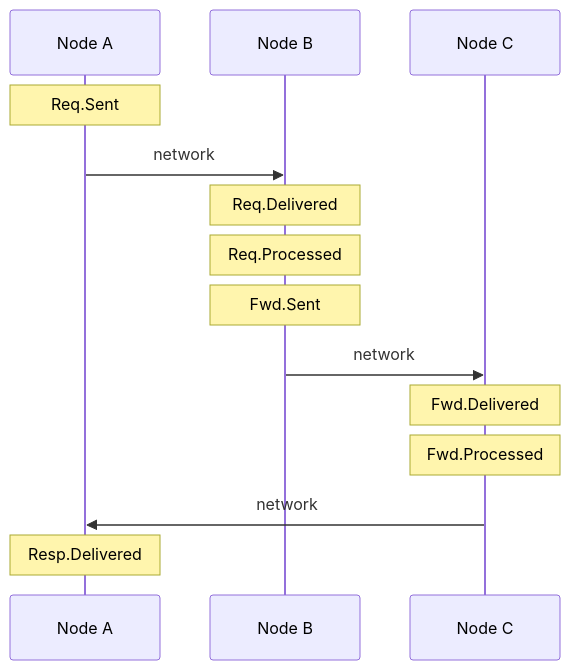
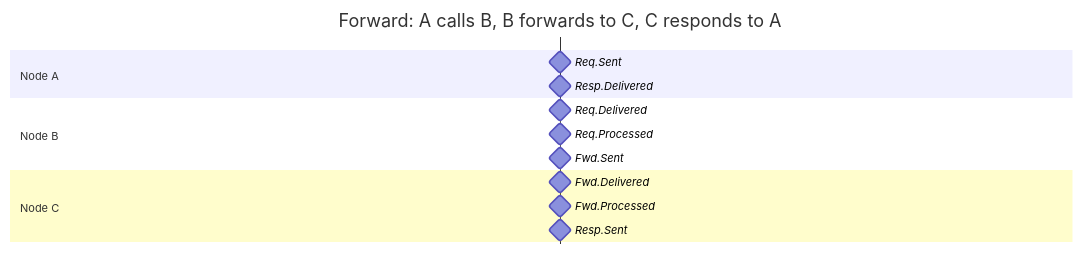
One commit to ergo-services/ergo changed the third of 3 diagrams in docs/extra-library/applications/pulse.md. Above: the diagram before and after it, drawn with Mermaid. The commit also changed other lines of this file, not shown here.

````diff
--- a/docs/extra-library/applications/pulse.md
+++ b/docs/extra-library/applications/pulse.md
@@ -198,17 +205,20 @@
 ```mermaid
-sequenceDiagram
-    participant A as Node A
-    participant B as Node B
-    participant C as Node C
+gantt
+    title Forward: A calls B, B forwards to C, C responds to A
+    dateFormat X
+    axisFormat  
 
-    Note over A: Req.Sent
-    A->>B: network
-    Note over B: Req.Delivered
-    Note over B: Req.Processed
-    Note over B: Fwd.Sent
-    B->>C: network
-    Note over C: Fwd.Delivered
-    Note over C: Fwd.Processed
-    C->>A: network
-    Note over A: Resp.Delivered
+    section Node A
+    Req.Sent                    :milestone, 0, 0
+    Resp.Delivered              :milestone, 80, 0
+
+    section Node B
+    Req.Delivered               :milestone, 10, 0
+    Req.Processed               :milestone, 25, 0
+    Fwd.Sent                    :milestone, 26, 0
+
+    section Node C
+    Fwd.Delivered               :milestone, 36, 0
+    Fwd.Processed               :milestone, 55, 0
+    Resp.Sent                   :milestone, 56, 0
 ```
````
